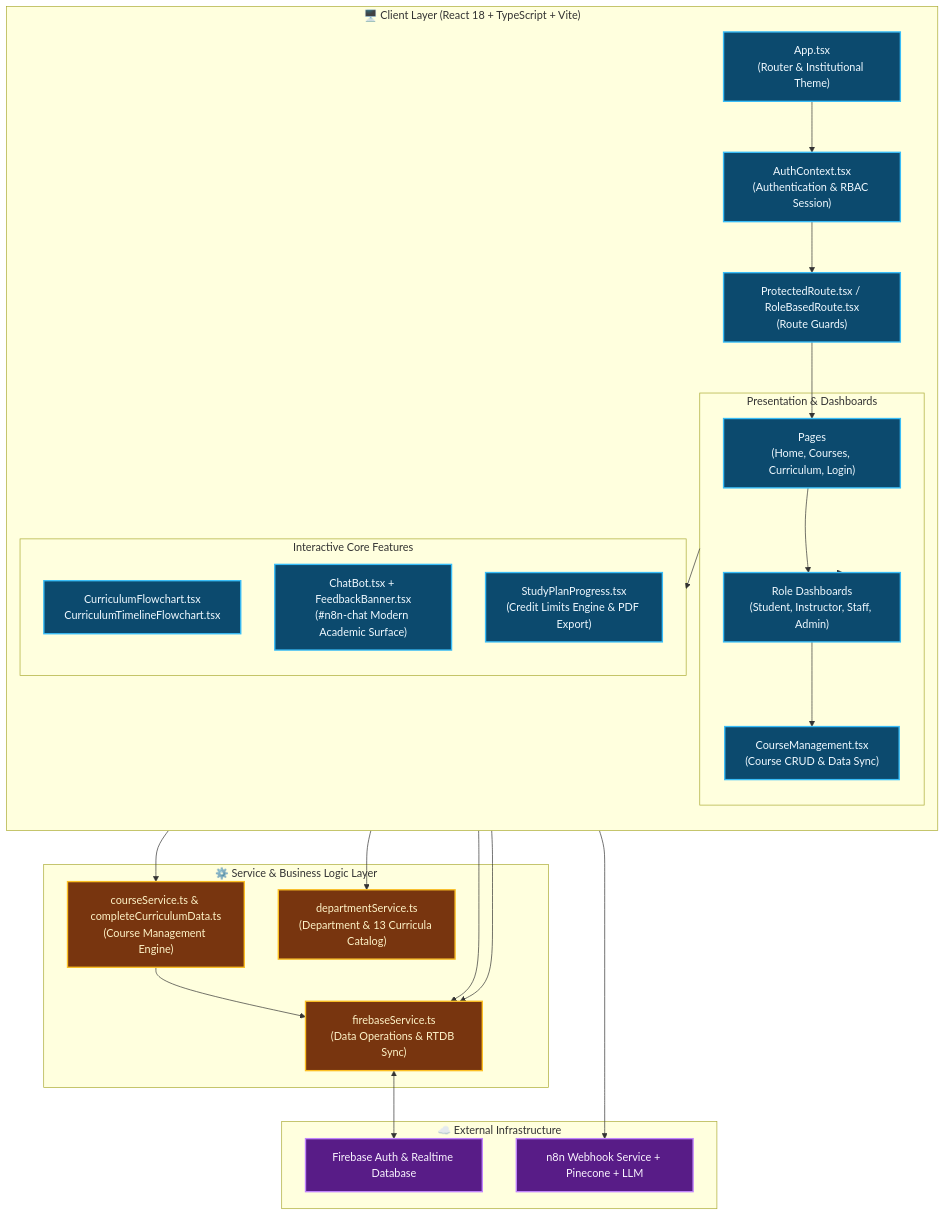
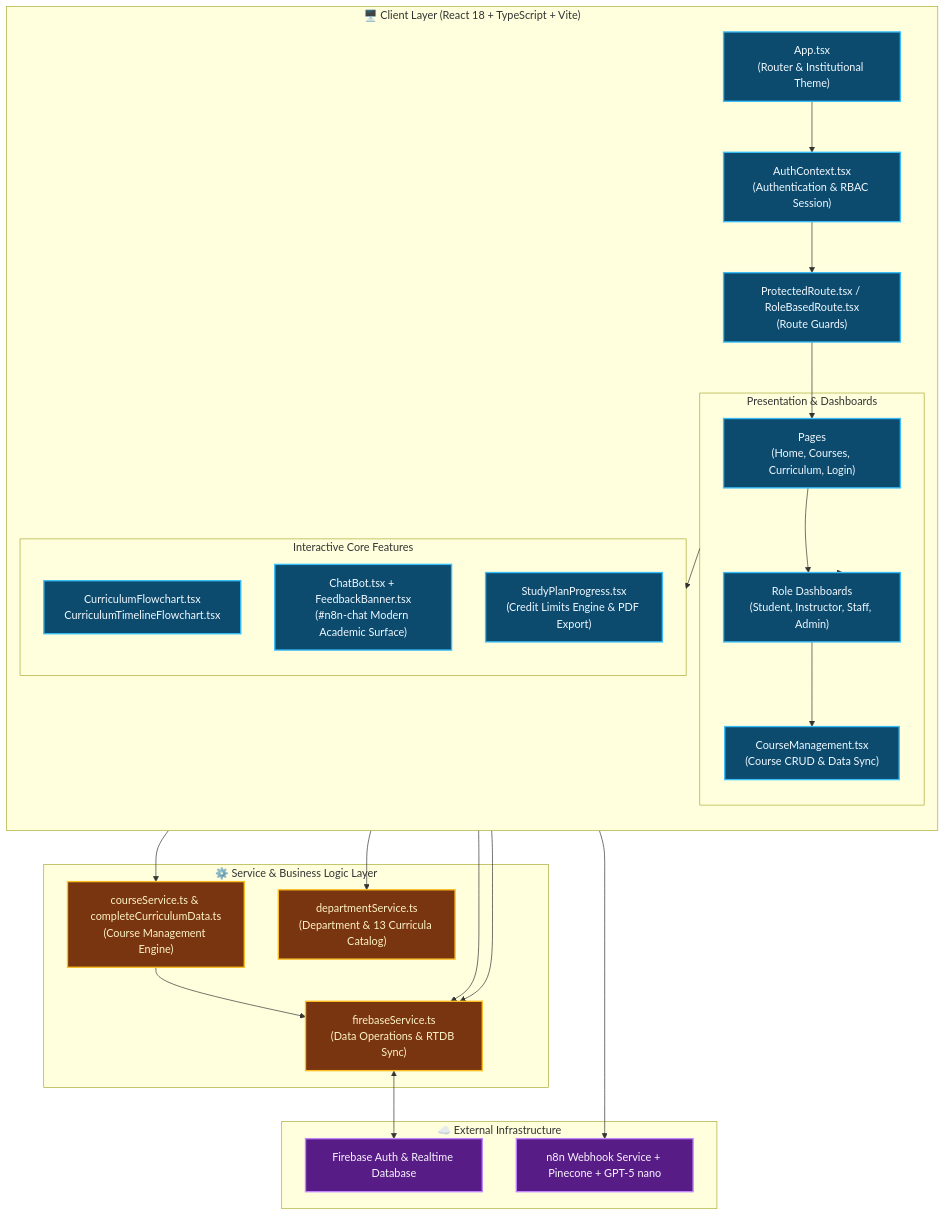
The third of 4 diagrams in README.md (kainapatkmutnb/it-course-chatbot-main), drawn with Mermaid before and after one commit. The commit also changed other lines of this file and 1 other file, not shown here.

Commit message:
docs: update AI model specification to GPT-5 nano across architecture and documentation

````diff
--- a/README.md
+++ b/README.md
@@ -165,53 +165,53 @@
 ```mermaid
 flowchart TB
     classDef client fill:#0C4A6E,stroke:#38BDF8,stroke-width:2px,color:#F0F9FF;
     classDef service fill:#78350F,stroke:#FBBF24,stroke-width:2px,color:#FEF3C7;
     classDef ext fill:#581C87,stroke:#C084FC,stroke-width:2px,color:#FAF5FF;
 
     subgraph ClientLayer ["🖥️ Client Layer (React 18 + TypeScript + Vite)"]
         direction TB
         App["App.tsx<br/>(Router & Institutional Theme)"]:::client
         AuthContext["AuthContext.tsx<br/>(Authentication & RBAC Session)"]:::client
         ProtRoute["ProtectedRoute.tsx / RoleBasedRoute.tsx<br/>(Route Guards)"]:::client
 
         subgraph ViewSection ["Presentation & Dashboards"]
             Pages["Pages<br/>(Home, Courses, Curriculum, Login)"]:::client
             Dashboards["Role Dashboards<br/>(Student, Instructor, Staff, Admin)"]:::client
             CourseMgmt["CourseManagement.tsx<br/>(Course CRUD & Data Sync)"]:::client
         end
 
         subgraph FeatureSection ["Interactive Core Features"]
             Flowchart["CurriculumFlowchart.tsx<br/>CurriculumTimelineFlowchart.tsx"]:::client
             ChatBot["ChatBot.tsx + FeedbackBanner.tsx<br/>(#n8n-chat Modern Academic Surface)"]:::client
             StudyPlan["StudyPlanProgress.tsx<br/>(Credit Limits Engine & PDF Export)"]:::client
         end
     end
 
     subgraph ServiceLayer ["⚙️ Service & Business Logic Layer"]
         FirebaseService["firebaseService.ts<br/>(Data Operations & RTDB Sync)"]:::service
         CourseService["courseService.ts & completeCurriculumData.ts<br/>(Course Management Engine)"]:::service
         DeptService["departmentService.ts<br/>(Department & 13 Curricula Catalog)"]:::service
     end
 
     subgraph ExternalLayer ["☁️ External Infrastructure"]
         FirebaseBackend["Firebase Auth & Realtime Database"]:::ext
-        N8NBackend["n8n Webhook Service + Pinecone + LLM"]:::ext
+        N8NBackend["n8n Webhook Service + Pinecone + GPT-5 nano"]:::ext
     end
 
     App --> AuthContext
     AuthContext --> ProtRoute
     ProtRoute --> Pages
     Pages --> Dashboards
     Dashboards --> CourseMgmt
     Dashboards --> ViewSection
     ViewSection --> FeatureSection
 
     CourseMgmt --> CourseService
     CourseMgmt --> FirebaseService
     Flowchart --> DeptService
     StudyPlan --> FirebaseService
     ChatBot --> N8NBackend
 
     FirebaseService <--> FirebaseBackend
     CourseService --> FirebaseService
 ```
````
